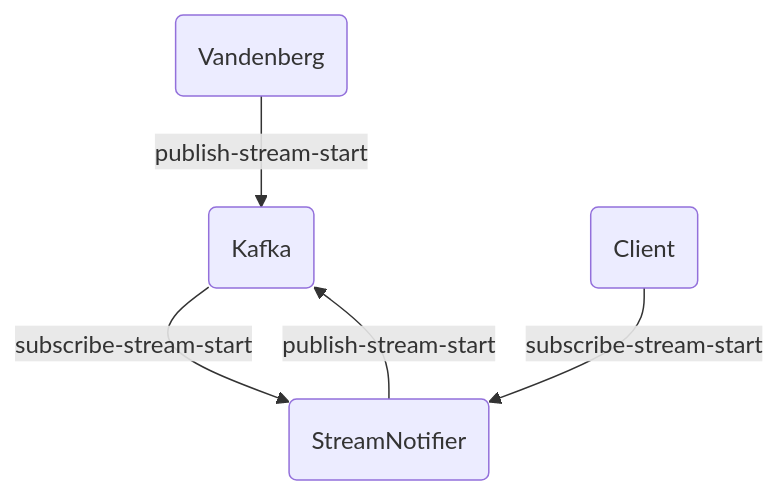
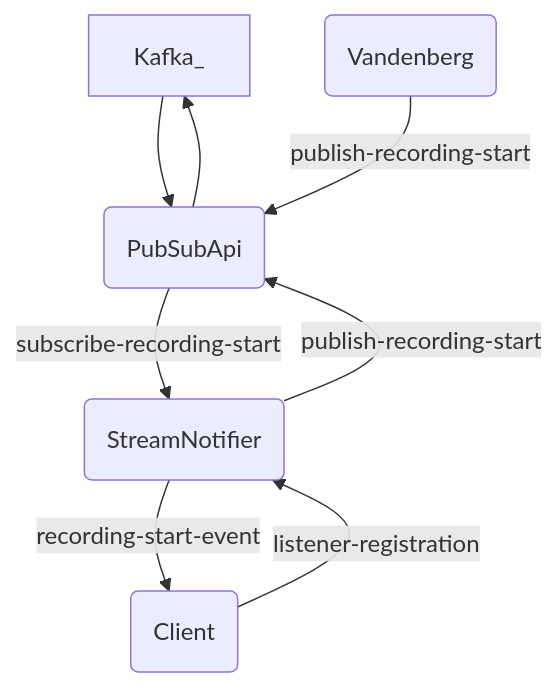
One commit to unicomp23/omni changed the diagram in async.notifications.md. Above: the diagram before and after it, drawn with Mermaid. The commit also changed other lines of this file, not shown here.

Commit message:
diagram, async notifications

````diff
--- a/async.notifications.md
+++ b/async.notifications.md
@@ -3,7 +3,10 @@
 ```mermaid
 flowchart TD
-    Vandenberg_(Vandenberg) -->|publish-stream-start| Kafka_{Kafka}
-    Kafka_ -->|subscribe-stream-start| StreamNotifier_(StreamNotifier)
-    StreamNotifier_ -->|publish-stream-start| Kafka_(Kafka)
-    Client_(Client) -->|subscribe-stream-start| StreamNotifier_
+    Kafka_ -->PubSubApi_(PubSubApi)
+    PubSubApi_ -->Kafka_
+    Vandenberg_(Vandenberg) -->|publish-recording-start| PubSubApi_
+    PubSubApi_ -->|subscribe-recording-start| StreamNotifier_(StreamNotifier)
+    StreamNotifier_ -->|publish-recording-start| PubSubApi_
+    Client_(Client) -->|listener-registration| StreamNotifier_
+    StreamNotifier_ -->|recording-start-event| Client_
 ```
````
